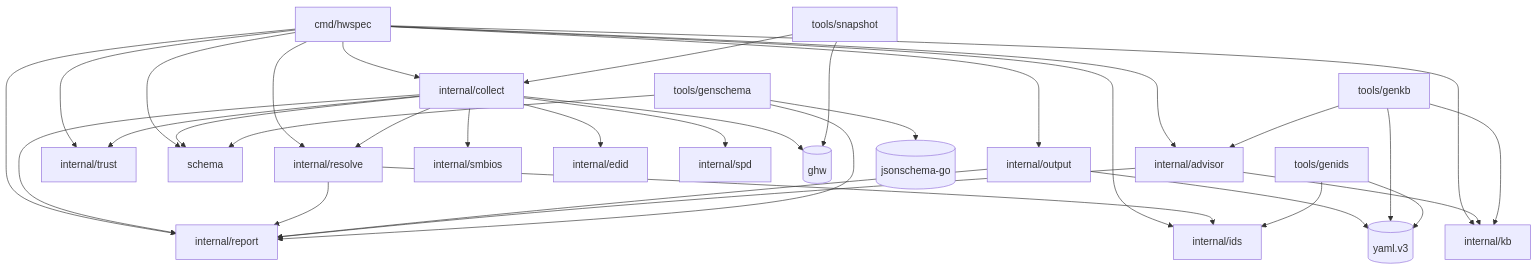
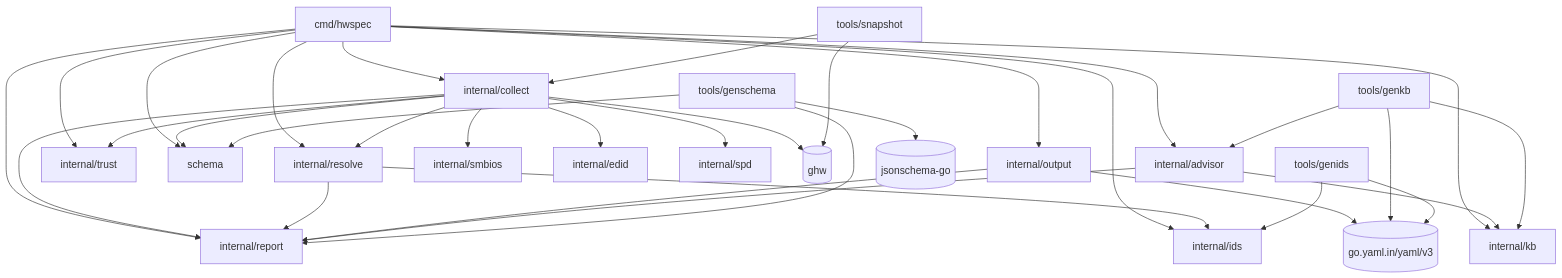
One commit to jiegui2025/hwspec changed the second of 3 diagrams in ARCHITECTURE.md. Above: the diagram before and after it, drawn with Mermaid. The commit also changed other lines of this file and 11 other files, not shown here.

````diff
--- a/ARCHITECTURE.md
+++ b/ARCHITECTURE.md
@@ -44,20 +44,20 @@
 ```mermaid
 flowchart TD
   cmd[cmd/hwspec] --> collect & resolve & output & ids & report & trust & schema & advisor & kb
   collect[internal/collect] --> report & resolve & smbios & edid & spd & trust & schema & ghw[(ghw)]
   resolve[internal/resolve] --> ids & report
-  output[internal/output] --> report & yaml[(yaml.v3)]
+  output[internal/output] --> report & yaml[(go.yaml.in/yaml/v3)]
   advisor[internal/advisor] --> report & kb
   genkb[tools/genkb] --> kb & advisor & yaml
   kb[internal/kb]
   genids[tools/genids] --> ids & yaml
   snapshot[tools/snapshot] --> collect & ghw
   genschema[tools/genschema] --> report & schema & jsonschema[(jsonschema-go)]
   schema[schema]
   ids[internal/ids]
   report[internal/report]
   smbios[internal/smbios]
   edid[internal/edid]
   spd[internal/spd]
   trust[internal/trust]
 ```
````
